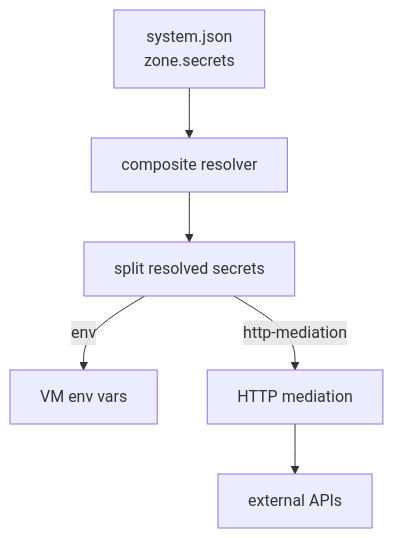
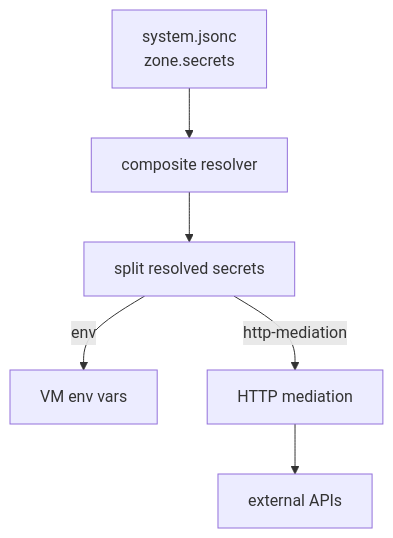
The fourth of 4 diagrams in docs/architecture/overview.md (ShravanSunder/agent-vm), drawn with Mermaid before and after one commit. The commit also changed other lines of this file and 40 other files, not shown here.

````diff
--- a/docs/architecture/overview.md
+++ b/docs/architecture/overview.md
@@ -540,16 +540,16 @@
 ```mermaid
 flowchart TB
-    config["system.json
+    config["system.jsonc
 zone.secrets"]
     resolver["composite resolver"]
     split["split resolved secrets"]
     env["VM env vars"]
     mediation["HTTP mediation"]
     external["external APIs"]
 
     config --> resolver
     resolver --> split
     split -->|"env"| env
     split -->|"http-mediation"| mediation
     mediation --> external
 ```
````
